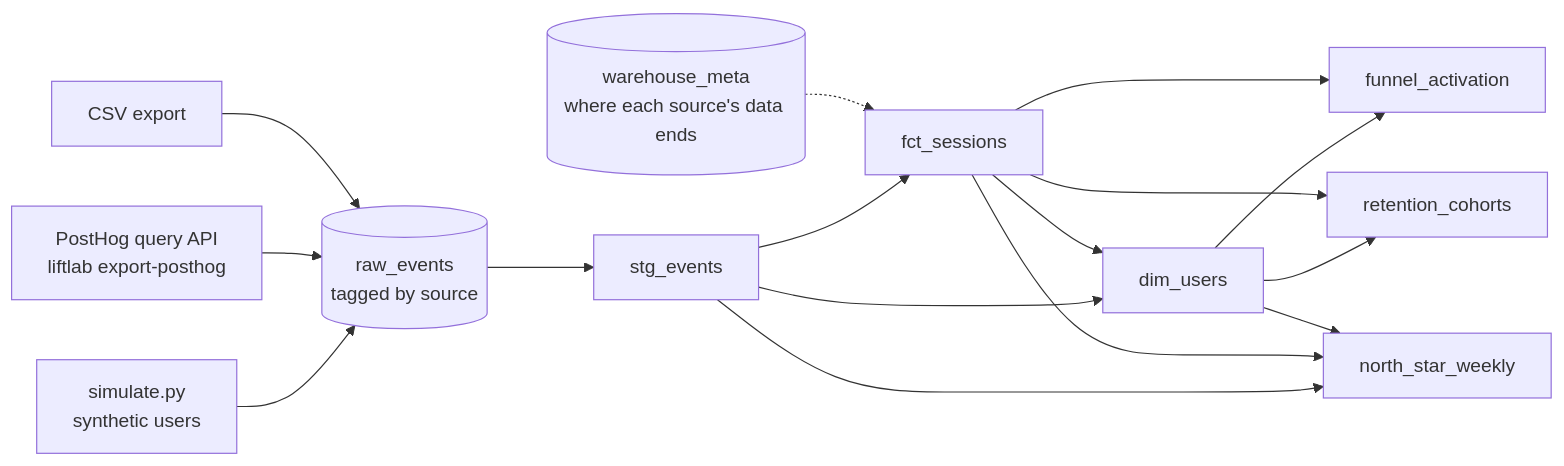
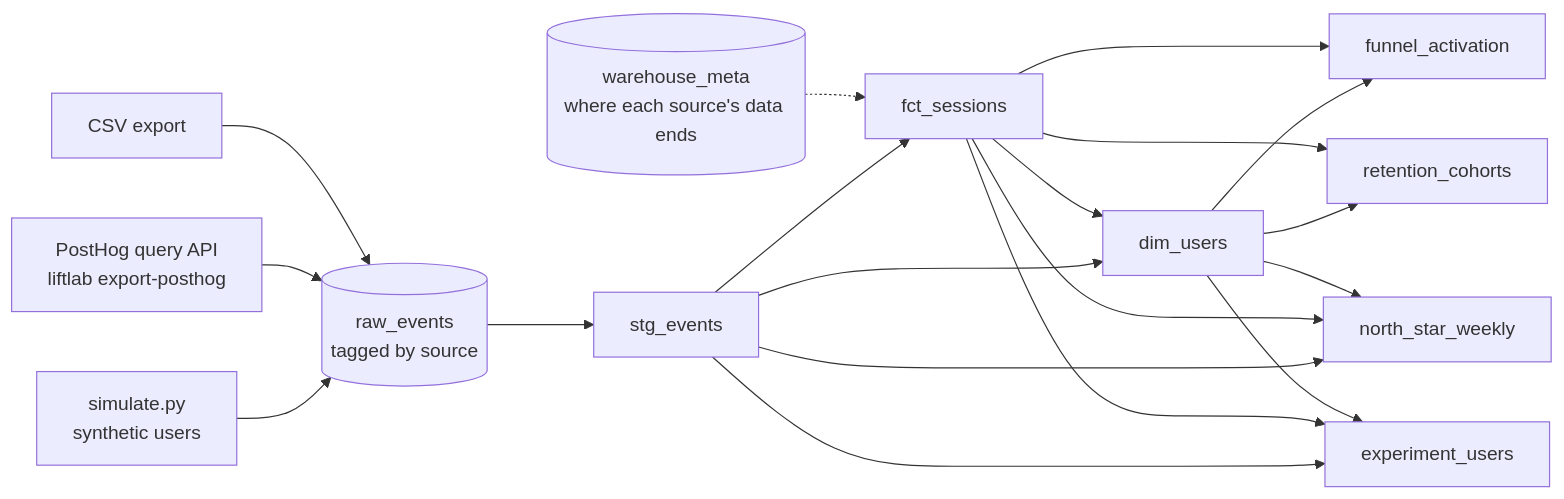
One commit to singha105/liftlab changed the diagram in docs/ANALYTICS.md. Above: the diagram before and after it, drawn with Mermaid. The commit also changed other lines of this file and 2 other files, not shown here.

````diff
--- a/docs/ANALYTICS.md
+++ b/docs/ANALYTICS.md
@@ -28,18 +28,21 @@
 ```mermaid
 flowchart LR
     SIM["simulate.py<br/>synthetic users"] --> RAW
     PH["PostHog query API<br/>liftlab export-posthog"] --> RAW
     CSV["CSV export"] --> RAW
     RAW[("raw_events<br/>tagged by source")] --> STG["stg_events"]
     STG --> FCT["fct_sessions"]
     STG --> DIM["dim_users"]
     FCT --> DIM
     DIM --> FUN["funnel_activation"]
     FCT --> FUN
     DIM --> RET["retention_cohorts"]
     FCT --> RET
     STG --> NS["north_star_weekly"]
     FCT --> NS
     DIM --> NS
+    STG --> EXP["experiment_users"]
+    FCT --> EXP
+    DIM --> EXP
     META[("warehouse_meta<br/>where each source's data ends")] -.-> FCT
 ```
````
